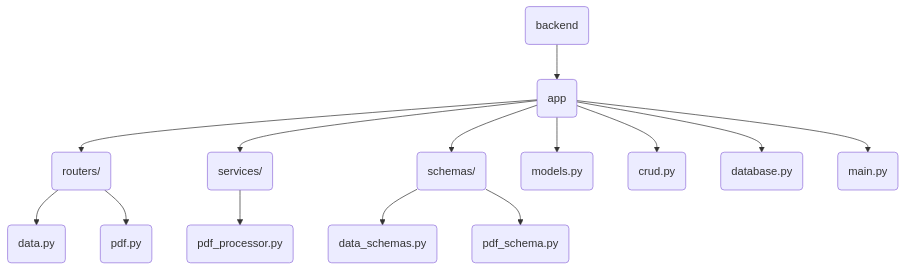
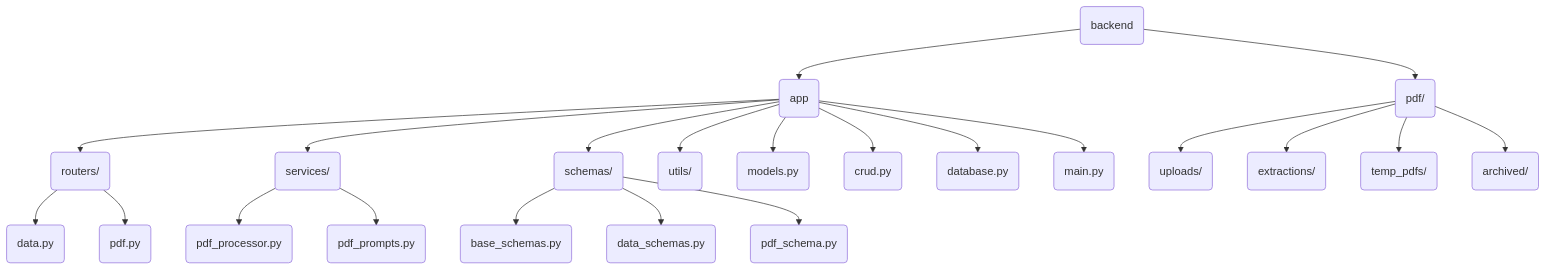
One commit to cobrauf/grocery-budget-assistant changed the first of 5 diagrams in docs/Mermaid.md. Above: the diagram before and after it, drawn with Mermaid. The commit also changed other lines of this file and 2 other files, not shown here.

Commit message:
refactor pdf processor; updated project files

````diff
--- a/docs/Mermaid.md
+++ b/docs/Mermaid.md
@@ -33,20 +39,29 @@
 ```mermaid
 graph TD
     B(backend) --> APP(app)
+    B --> PDFROOT(pdf/)
 
     APP --> ROUTERS(routers/)
     APP --> SERVICES(services/)
     APP --> SCHEMAS(schemas/)
+    APP --> UTILS_APP(utils/)
     APP --> MODELS(models.py)
     APP --> CRUD(crud.py)
     APP --> DBSETUP(database.py)
     APP --> MAIN(main.py)
 
     ROUTERS --> PDATA(data.py)
     ROUTERS --> PPDF(pdf.py)
 
     SERVICES --> PDFPROC(pdf_processor.py)
+    SERVICES --> PDFPROMPTS(pdf_prompts.py)
 
+    SCHEMAS --> SBASE(base_schemas.py)
     SCHEMAS --> SDATA(data_schemas.py)
     SCHEMAS --> SPDF(pdf_schema.py)
+
+    PDFROOT --> PDFUPLOADS(uploads/)
+    PDFROOT --> PDFEXTRACTIONS(extractions/)
+    PDFROOT --> PDFTEMP(temp_pdfs/)
+    PDFROOT --> PDFARCHIVED(archived/)
 ```
````
